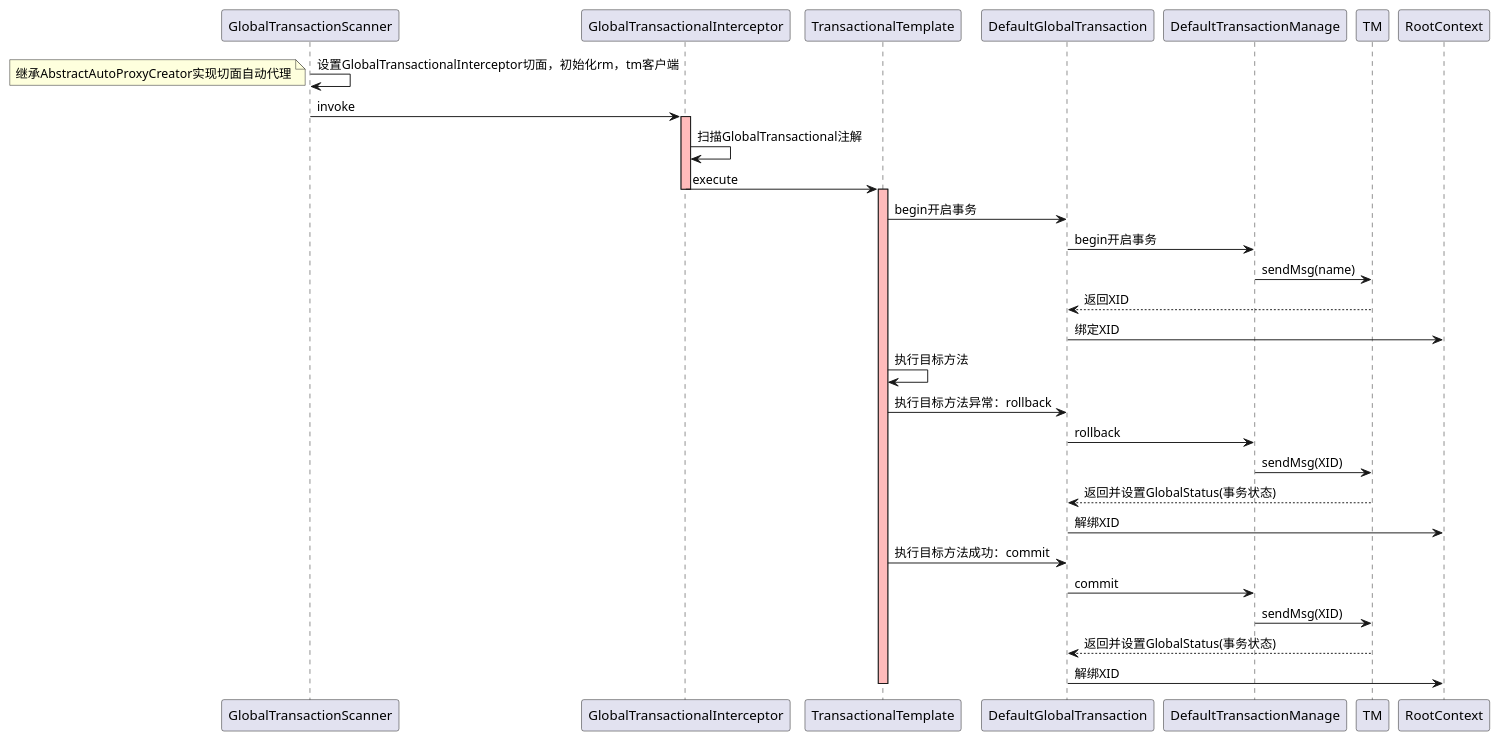
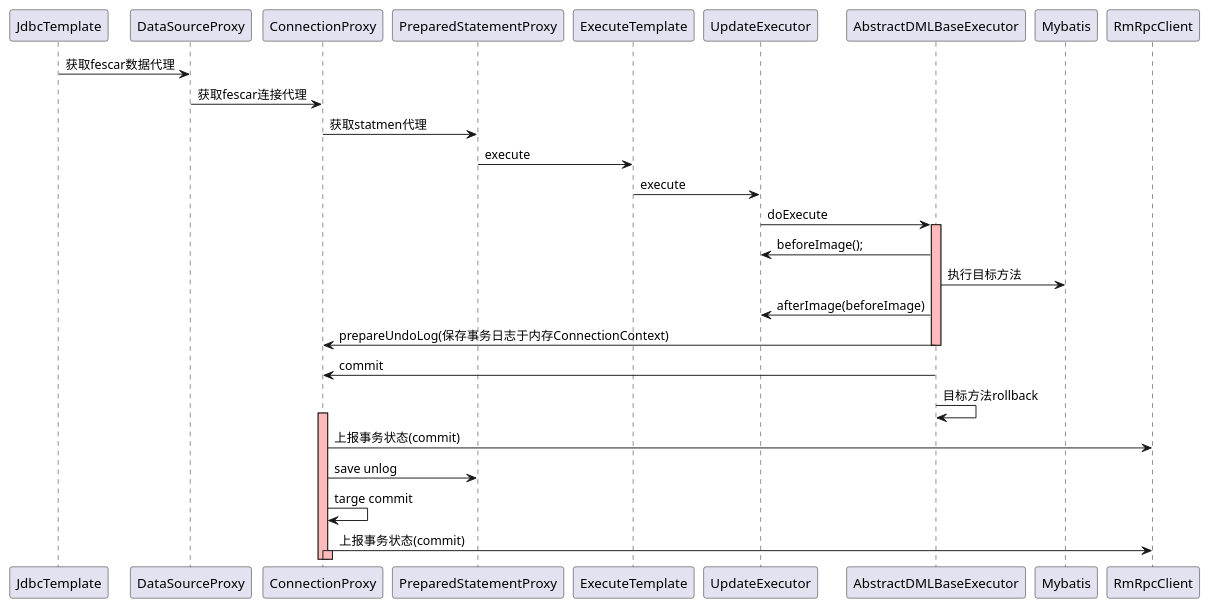
Before and after one commit to silcat/spring-cloud-demo: the diagram in client-one/fescar_save_data.puml, drawn with PlantUML.

Commit message:
"fescar demo"

```diff
--- a/client-one/fescar_save_data.puml
+++ b/client-one/fescar_save_data.puml
@@ -1,27 +1,23 @@
 @startuml
-GlobalTransactionScanner -> GlobalTransactionScanner :设置GlobalTransactionalInterceptor切面，初始化rm，tm客户端
-note left: 继承AbstractAutoProxyCreator实现切面自动代理
-GlobalTransactionScanner -> GlobalTransactionalInterceptor:invoke
-activate GlobalTransactionalInterceptor #FFBBBB
-GlobalTransactionalInterceptor -> GlobalTransactionalInterceptor:扫描GlobalTransactional注解
-GlobalTransactionalInterceptor -> TransactionalTemplate:execute
-deactivate GlobalTransactionalInterceptor
-activate TransactionalTemplate #FFBBBB
-TransactionalTemplate -> DefaultGlobalTransaction:begin开启事务
-DefaultGlobalTransaction ->  DefaultTransactionManage:begin开启事务
-DefaultTransactionManage ->  TM:sendMsg(name)
-TM -->DefaultGlobalTransaction:返回XID
-DefaultGlobalTransaction ->  RootContext :绑定XID
-TransactionalTemplate -> TransactionalTemplate:执行目标方法
-TransactionalTemplate -> DefaultGlobalTransaction:执行目标方法异常：rollback
-DefaultGlobalTransaction ->  DefaultTransactionManage:rollback
-DefaultTransactionManage ->  TM:sendMsg(XID)
-TM -->DefaultGlobalTransaction:返回并设置GlobalStatus(事务状态)
-DefaultGlobalTransaction ->  RootContext :解绑XID
-TransactionalTemplate -> DefaultGlobalTransaction:执行目标方法成功：commit
-DefaultGlobalTransaction ->  DefaultTransactionManage:commit
-DefaultTransactionManage ->  TM:sendMsg(XID)
-TM -->DefaultGlobalTransaction:返回并设置GlobalStatus(事务状态)
-DefaultGlobalTransaction ->  RootContext :解绑XID
-deactivate TransactionalTemplate
+JdbcTemplate -> DataSourceProxy :获取fescar数据代理
+DataSourceProxy ->ConnectionProxy:获取fescar连接代理
+ConnectionProxy -> PreparedStatementProxy: 获取statmen代理
+PreparedStatementProxy-> ExecuteTemplate:execute
+ExecuteTemplate-> UpdateExecutor:execute
+UpdateExecutor->AbstractDMLBaseExecutor:doExecute
+activate AbstractDMLBaseExecutor #FFBBBB
+AbstractDMLBaseExecutor->UpdateExecutor:beforeImage();
+AbstractDMLBaseExecutor->Mybatis:执行目标方法
+AbstractDMLBaseExecutor->UpdateExecutor:afterImage(beforeImage)
+AbstractDMLBaseExecutor->ConnectionProxy:prepareUndoLog(保存事务日志于内存ConnectionContext)
+deactivate AbstractDMLBaseExecutor
+AbstractDMLBaseExecutor->ConnectionProxy:commit
+AbstractDMLBaseExecutor->AbstractDMLBaseExecutor: 目标方法rollback
+activate ConnectionProxy #FFBBBB
+ConnectionProxy->RmRpcClient:上报事务状态(commit)
+ConnectionProxy->PreparedStatementProxy:save unlog
+ConnectionProxy->ConnectionProxy:targe commit
+ConnectionProxy->RmRpcClient:上报事务状态(commit)
+activate ConnectionProxy #FFBBBB
+
 @enduml
```
